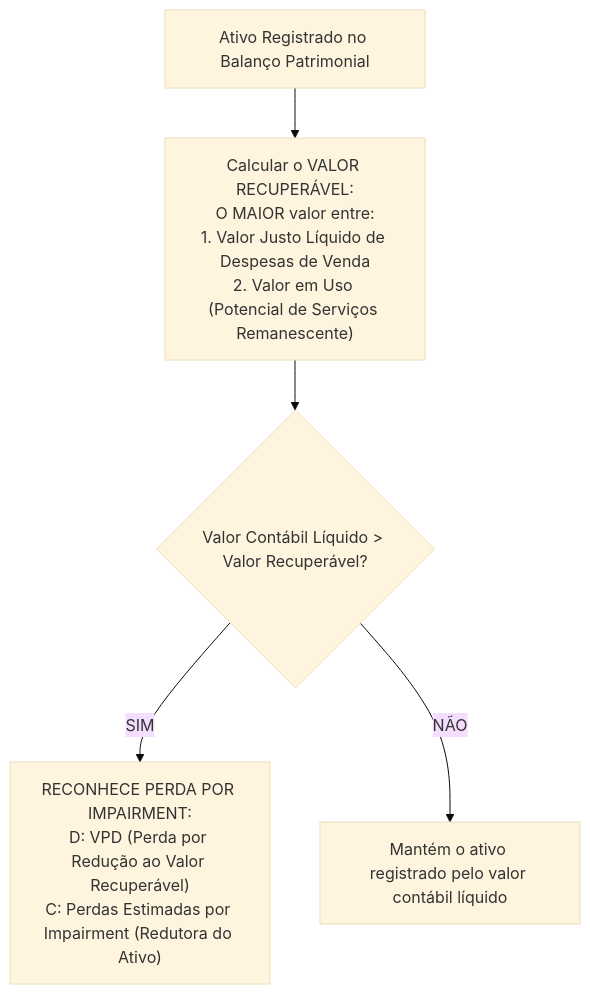
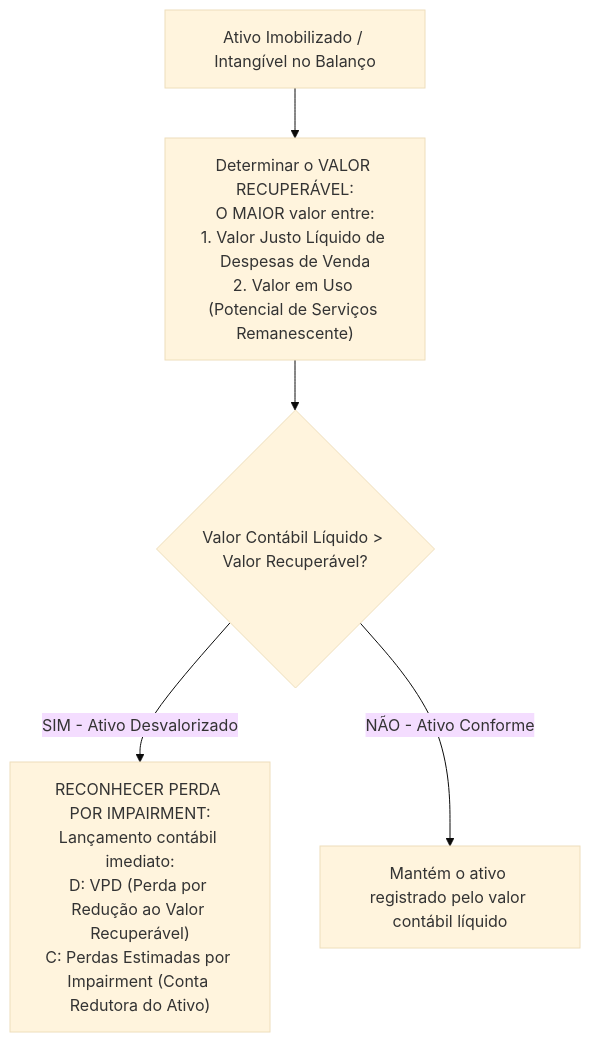
The third of 3 diagrams in fontes_de_estudo/conhecimentos_especificos_a01_tecnico_administrativo/20_contabilidade_aplicada_ao_setor_publico/02_mcasp_procedimentos_orcamentarios_e_patrimoniais.md (thiagosantos346/TCE-GO-2027), drawn with Mermaid (base theme) before and after one commit. The commit also changed other lines of this file and 119 other files, not shown here.

````diff
--- a/fontes_de_estudo/conhecimentos_especificos_a01_tecnico_administrativo/20_contabilidade_aplicada_ao_setor_publico/02_mcasp_procedimentos_orcamentarios_e_patrimoniais.md
+++ b/fontes_de_estudo/conhecimentos_especificos_a01_tecnico_administrativo/20_contabilidade_aplicada_ao_setor_publico/02_mcasp_procedimentos_orcamentarios_e_patrimoniais.md
@@ -139,7 +140,10 @@
 ```mermaid
 flowchart TD
-    Ativo["Ativo Registrado no Balanço Patrimonial"] --> Calc["Calcular o VALOR RECUPERÁVEL:<br/>O MAIOR valor entre:<br/>1. Valor Justo Líquido de Despesas de Venda<br/>2. Valor em Uso (Potencial de Serviços Remanescente)"]
-    Calc --> Comp{"Valor Contábil Líquido > Valor Recuperável?"}
-    Comp -->|SIM| Perda["RECONHECE PERDA POR IMPAIRMENT:<br/>D: VPD (Perda por Redução ao Valor Recuperável)<br/>C: Perdas Estimadas por Impairment (Redutora do Ativo)"]
-    Comp -->|NÃO| Mantem["Mantém o ativo registrado pelo valor contábil líquido"]
+    Ativo["Ativo Imobilizado / Intangível no Balanço"] --> Calc["Determinar o VALOR RECUPERÁVEL:<br/>O MAIOR valor entre:<br/>1. Valor Justo Líquido de Despesas de Venda<br/>2. Valor em Uso (Potencial de Serviços Remanescente)"]
+    
+    Calc --> Teste{"Valor Contábil Líquido > Valor Recuperável?"}
+    
+    Teste -->|SIM - Ativo Desvalorizado| Perda["RECONHECER PERDA POR IMPAIRMENT:<br/>Lançamento contábil imediato:<br/>D: VPD (Perda por Redução ao Valor Recuperável)<br/>C: Perdas Estimadas por Impairment (Conta Redutora do Ativo)"]
+    
+    Teste -->|NÃO - Ativo Conforme| OK["Mantém o ativo registrado pelo valor contábil líquido"]
 ```
````
